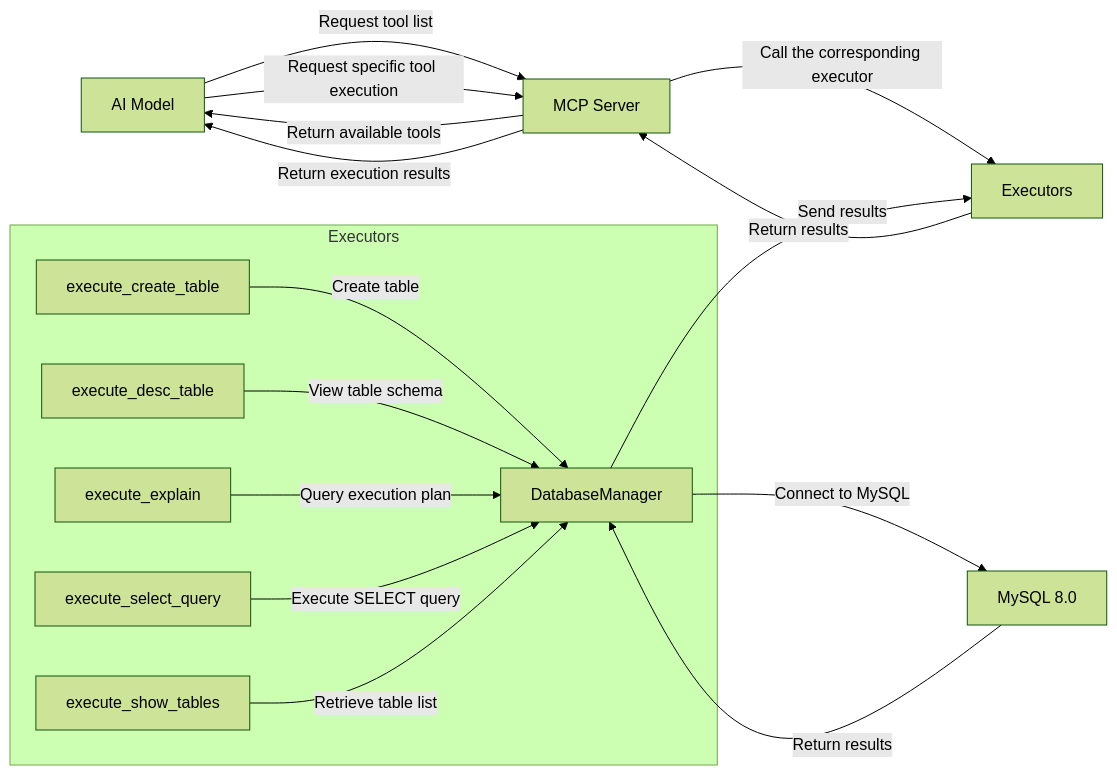
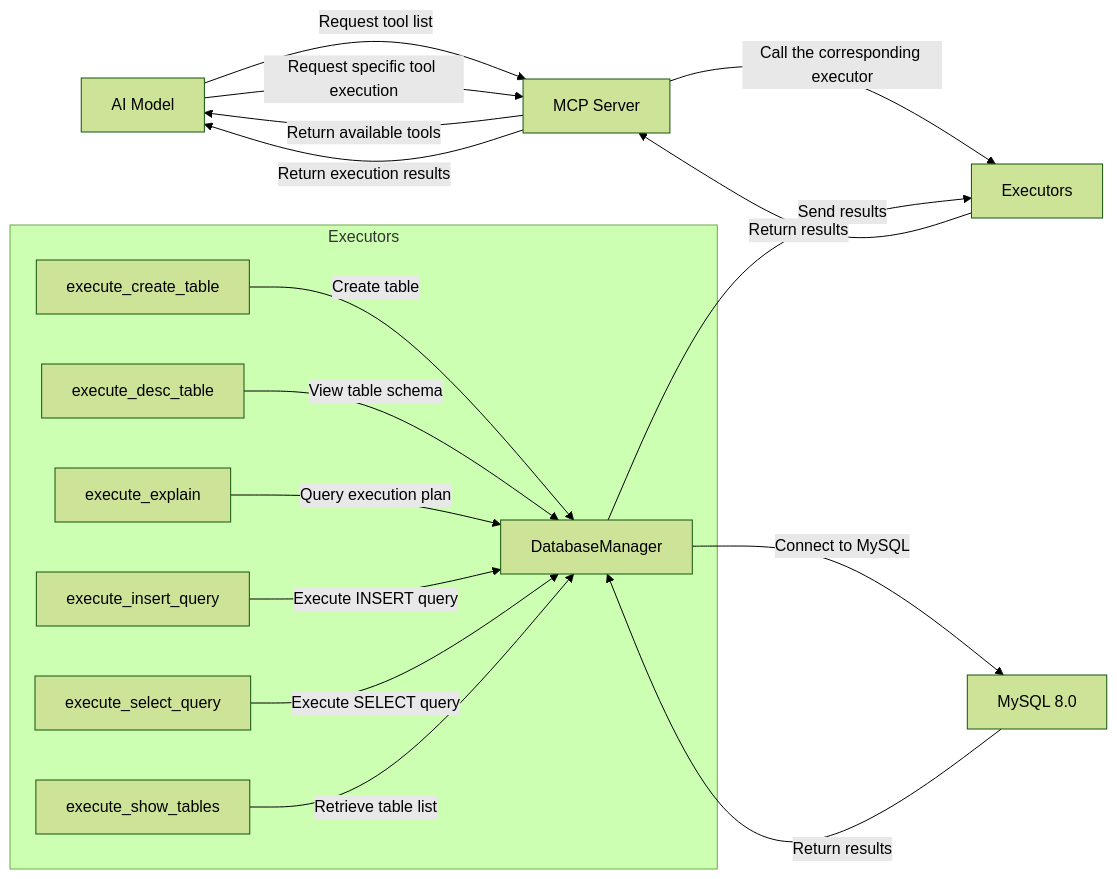
Before and after one commit to Mineru98/mysql-mcp-server: the diagram in README.md, drawn with Mermaid (forest theme). The commit also changed other lines of this file and 1 other file, not shown here.

Commit message:
Docs : INSERT 쿼리 실행 도구 내용 추가

````diff
--- a/README.md
+++ b/README.md
@@ -61,23 +61,24 @@
 ```mermaid
 flowchart LR;
     A[AI Model] -->|Request tool list| B[MCP Server]
     B -->|Return available tools| A
 
     A -->|Request specific tool execution| B
     B -->|Call the corresponding executor| C[Executors]
     
     subgraph Executors
         C1[execute_create_table] -->|Create table| D
         C2[execute_desc_table] -->|View table schema| D
         C3[execute_explain] -->|Query execution plan| D
-        C4[execute_select_query] -->|Execute SELECT query| D
-        C5[execute_show_tables] -->|Retrieve table list| D
+        C4[execute_insert_query] -->|Execute INSERT query| D
+        C5[execute_select_query] -->|Execute SELECT query| D
+        C6[execute_show_tables] -->|Retrieve table list| D
     end
 
     D[DatabaseManager] -->|Connect to MySQL| E[MySQL 8.0]
 
     E -->|Return results| D
     D -->|Send results| C
     C -->|Return results| B
     B -->|Return execution results| A
 ```
````
